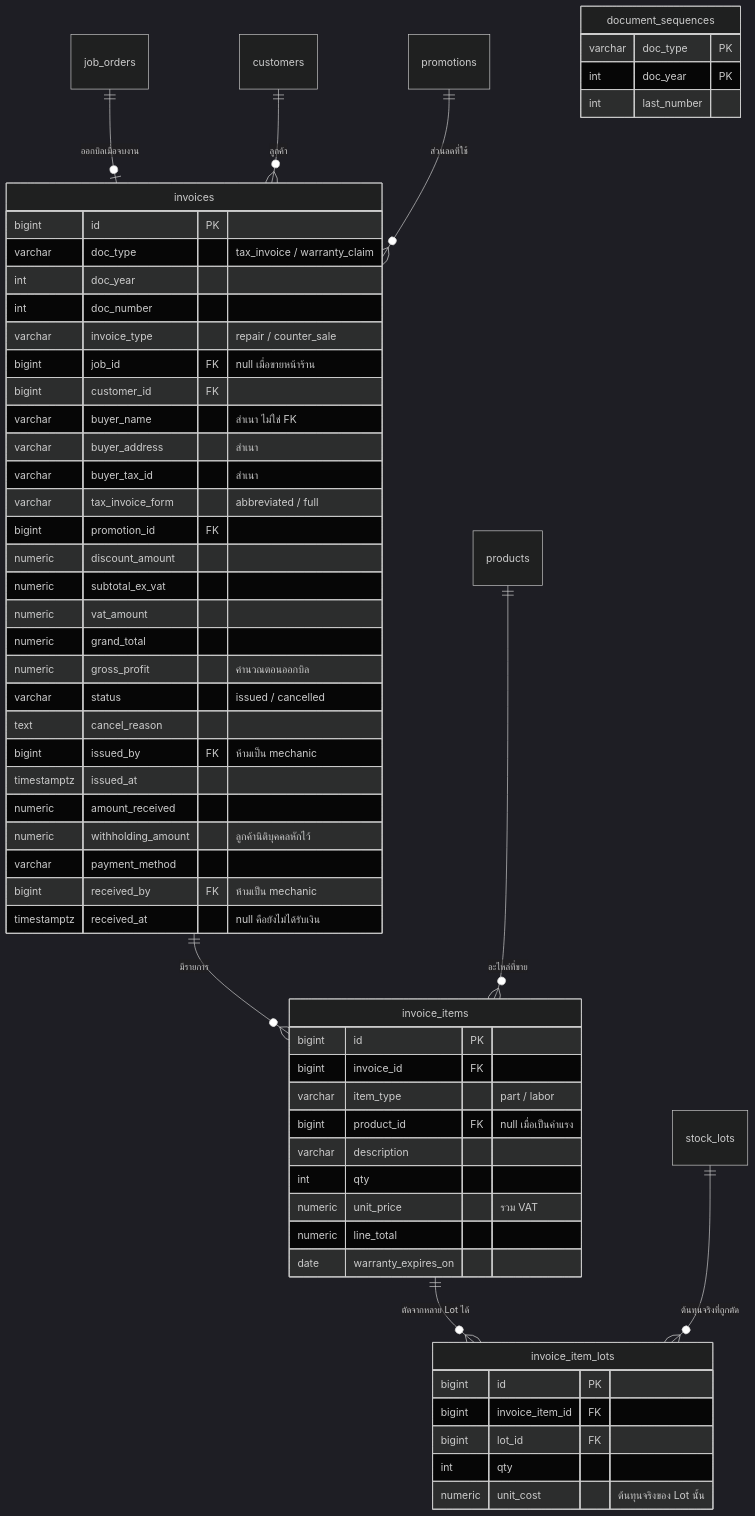
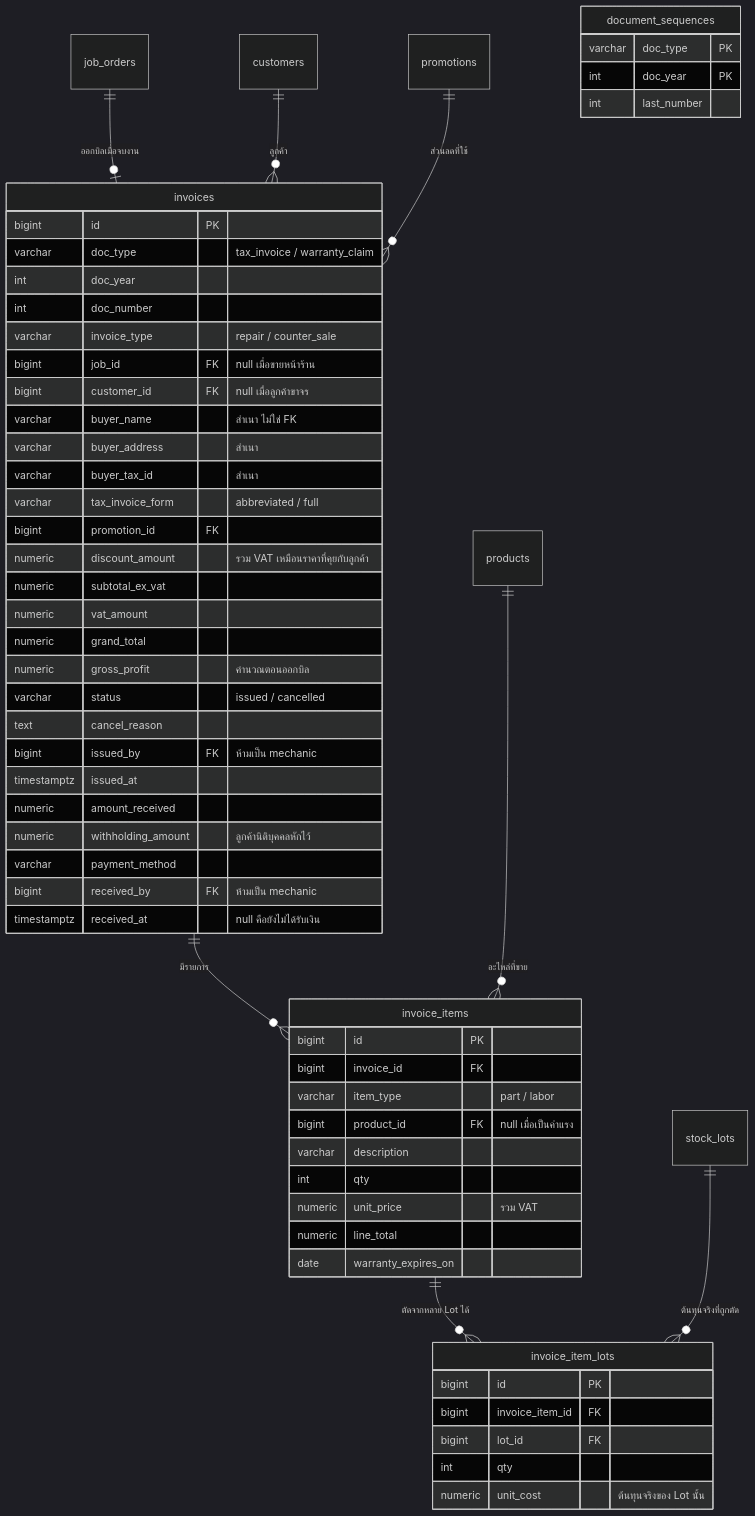
Before and after one commit to kaewjamsai0193/Garage_Final_Project: the seventh of 8 diagrams in data_model.md, drawn with Mermaid (dark theme). The commit also changed other lines of this file and 2 other files, not shown here.

````diff
--- a/data_model.md
+++ b/data_model.md
@@ -274,65 +277,65 @@
 ```mermaid
 erDiagram
     job_orders ||--o| invoices : "ออกบิลเมื่อจบงาน"
     customers ||--o{ invoices : "ลูกค้า"
     promotions ||--o{ invoices : "ส่วนลดที่ใช้"
     invoices ||--o{ invoice_items : "มีรายการ"
     invoice_items ||--o{ invoice_item_lots : "ตัดจากหลาย Lot ได้"
     stock_lots ||--o{ invoice_item_lots : "ต้นทุนจริงที่ถูกตัด"
     products ||--o{ invoice_items : "อะไหล่ที่ขาย"
 
     invoices {
         bigint id PK
         varchar doc_type "tax_invoice / warranty_claim"
         int doc_year
         int doc_number
         varchar invoice_type "repair / counter_sale"
         bigint job_id FK "null เมื่อขายหน้าร้าน"
-        bigint customer_id FK
+        bigint customer_id FK "null เมื่อลูกค้าขาจร"
         varchar buyer_name "สำเนา ไม่ใช่ FK"
         varchar buyer_address "สำเนา"
         varchar buyer_tax_id "สำเนา"
         varchar tax_invoice_form "abbreviated / full"
         bigint promotion_id FK
-        numeric discount_amount
+        numeric discount_amount "รวม VAT เหมือนราคาที่คุยกับลูกค้า"
         numeric subtotal_ex_vat
         numeric vat_amount
         numeric grand_total
         numeric gross_profit "คำนวณตอนออกบิล"
         varchar status "issued / cancelled"
         text cancel_reason
         bigint issued_by FK "ห้ามเป็น mechanic"
         timestamptz issued_at
         numeric amount_received
         numeric withholding_amount "ลูกค้านิติบุคคลหักไว้"
         varchar payment_method
         bigint received_by FK "ห้ามเป็น mechanic"
         timestamptz received_at "null คือยังไม่ได้รับเงิน"
     }
 
     invoice_items {
         bigint id PK
         bigint invoice_id FK
         varchar item_type "part / labor"
         bigint product_id FK "null เมื่อเป็นค่าแรง"
         varchar description
         int qty
         numeric unit_price "รวม VAT"
         numeric line_total
         date warranty_expires_on
     }
 
     invoice_item_lots {
         bigint id PK
         bigint invoice_item_id FK
         bigint lot_id FK
         int qty
         numeric unit_cost "ต้นทุนจริงของ Lot นั้น"
     }
 
     document_sequences {
         varchar doc_type PK
         int doc_year PK
         int last_number
     }
 ```
````
